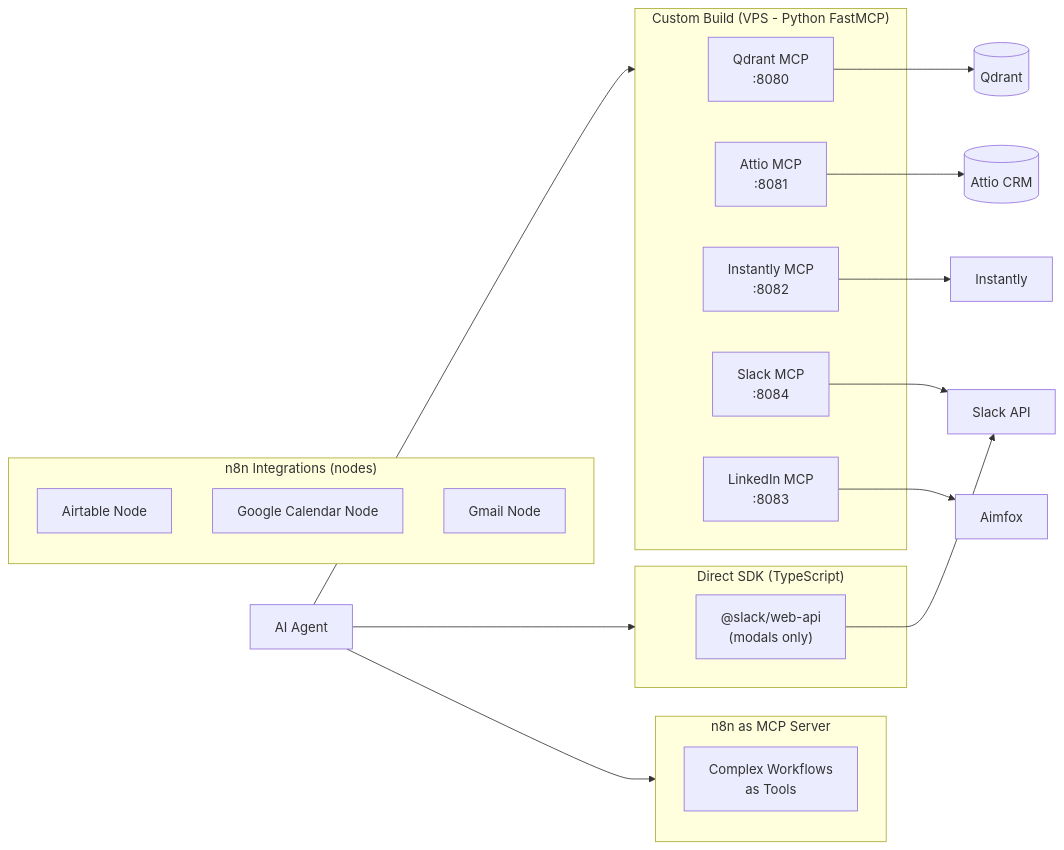
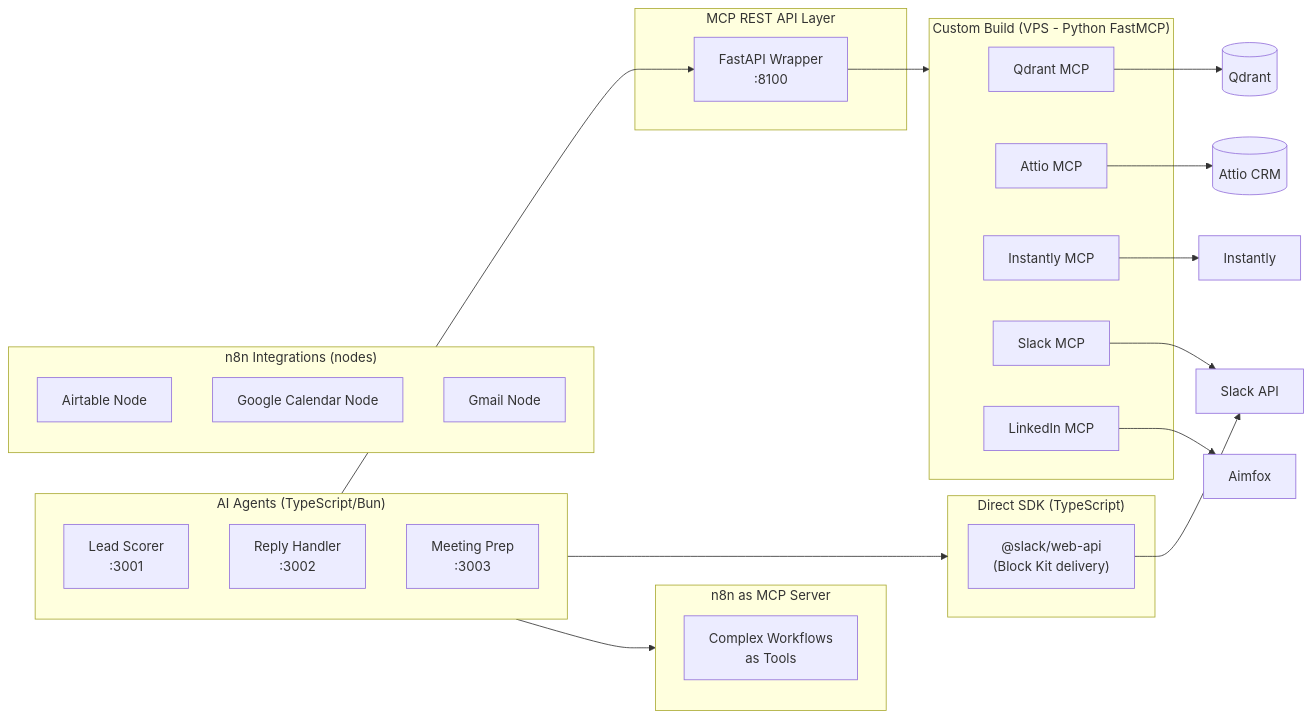
One commit to Fato07/atlas-gtm changed diagram 14 of 14 in docs/architecture/data-flow.md. Above: the diagram before and after it, drawn with Mermaid. The commit also changed other lines of this file and 10 other files, not shown here.

First line of the commit message:
docs: Update data flow architecture with Meeting Prep Agent

````diff
--- a/docs/architecture/data-flow.md
+++ b/docs/architecture/data-flow.md
@@ -678,35 +976,46 @@
 ```mermaid
 flowchart LR
+    subgraph Agents["AI Agents (TypeScript/Bun)"]
+        LS["Lead Scorer<br/>:3001"]
+        RH["Reply Handler<br/>:3002"]
+        MP["Meeting Prep<br/>:3003"]
+    end
+
+    subgraph REST["MCP REST API Layer"]
+        API["FastAPI Wrapper<br/>:8100"]
+    end
+
     subgraph Custom["Custom Build (VPS - Python FastMCP)"]
-        QD_MCP["Qdrant MCP<br/>:8080"]
-        ATTIO_MCP["Attio MCP<br/>:8081"]
-        INST_MCP["Instantly MCP<br/>:8082"]
-        SLACK_MCP["Slack MCP<br/>:8084"]
-        LI_MCP["LinkedIn MCP<br/>:8083"]
+        QD_MCP["Qdrant MCP"]
+        ATTIO_MCP["Attio MCP"]
+        INST_MCP["Instantly MCP"]
+        SLACK_MCP["Slack MCP"]
+        LI_MCP["LinkedIn MCP"]
     end
 
     subgraph DirectSDK["Direct SDK (TypeScript)"]
-        SLACK_SDK["@slack/web-api<br/>(modals only)"]
+        SLACK_SDK["@slack/web-api<br/>(Block Kit delivery)"]
     end
 
     subgraph N8N_INT["n8n Integrations (nodes)"]
         AT_N8N["Airtable Node"]
         GC_N8N["Google Calendar Node"]
         GM_N8N["Gmail Node"]
     end
 
     subgraph N8N_MCP["n8n as MCP Server"]
         WF_MCP["Complex Workflows<br/>as Tools"]
     end
 
-    AGENT["AI Agent"] --> Custom
-    AGENT --> DirectSDK
-    AGENT --> N8N_MCP
+    Agents --> API
+    Agents --> DirectSDK
+    Agents --> N8N_MCP
+    API --> Custom
 
     QD_MCP --> QDRANT[("Qdrant")]
     ATTIO_MCP --> ATTIO[("Attio CRM")]
     INST_MCP --> INSTANTLY["Instantly"]
     SLACK_MCP --> SLACK["Slack API"]
     SLACK_SDK --> SLACK
     LI_MCP --> AIMFOX["Aimfox"]
 ```
````
